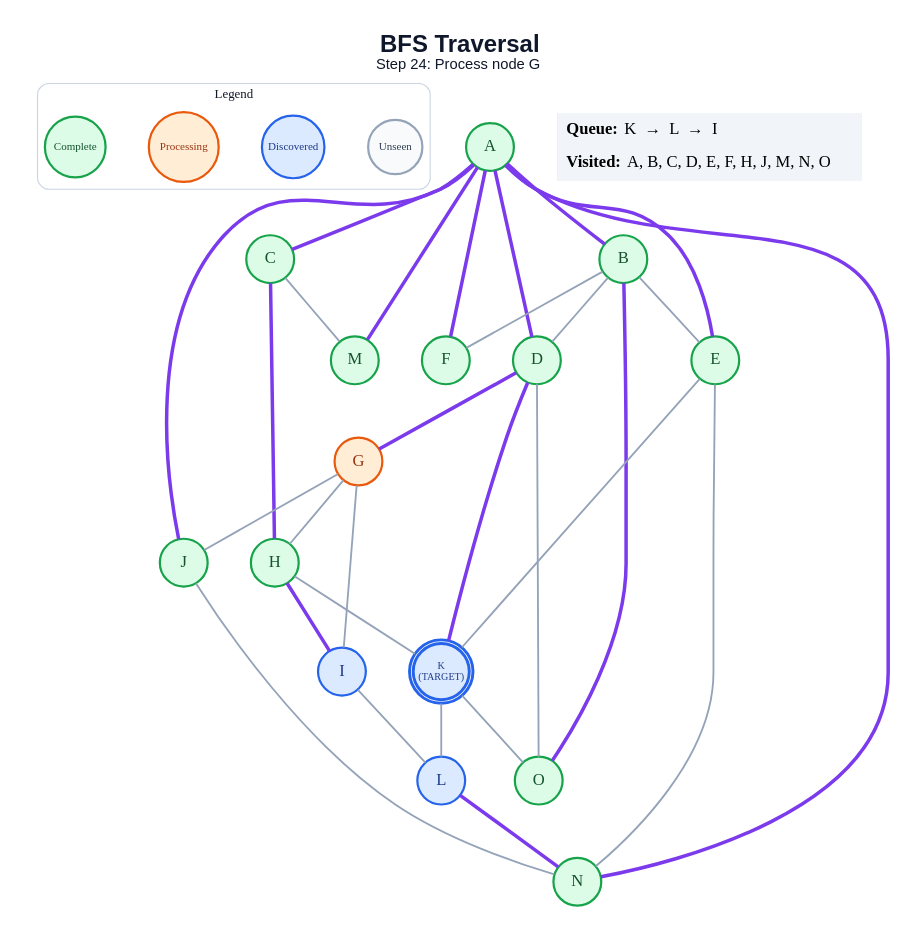
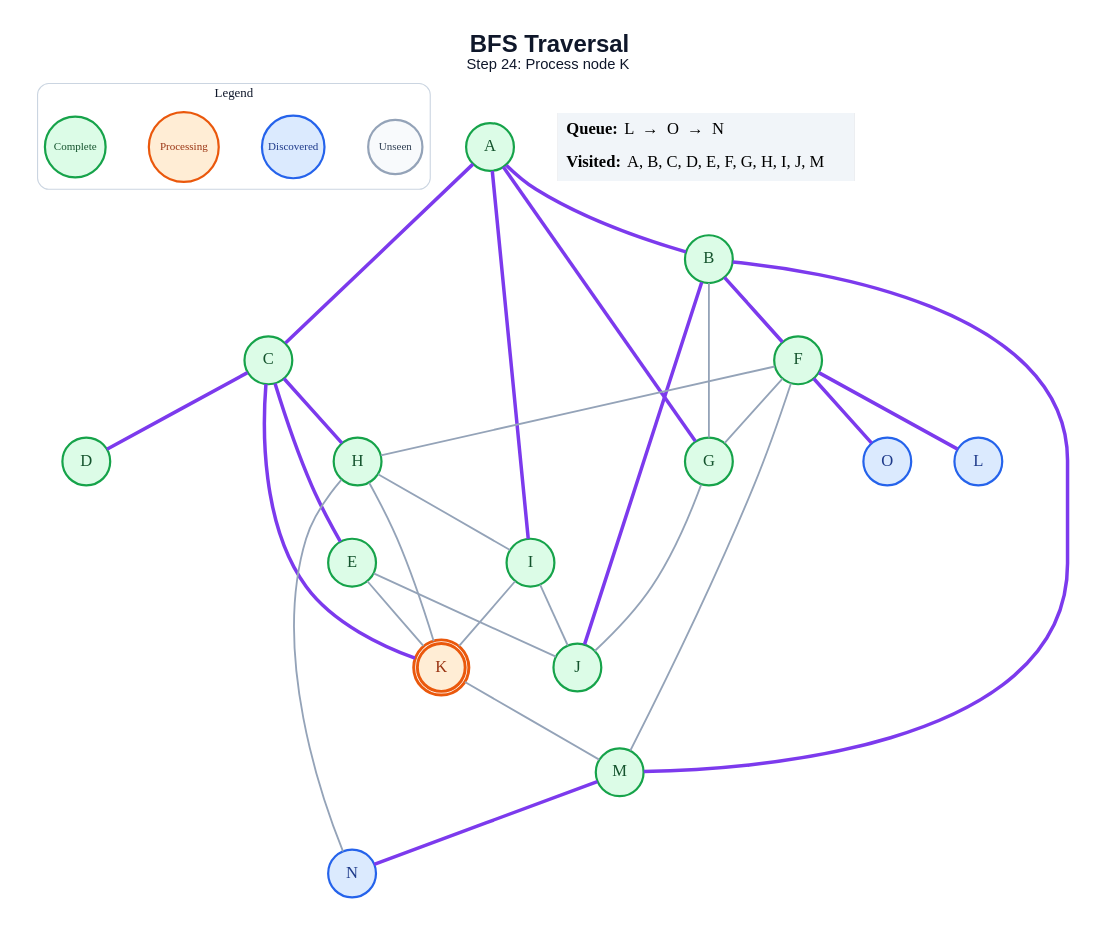
The diagram in generated/bfs/step_24.dot (anon7238593-create/ai-slop), drawn with Graphviz before and after one commit. The commit also changed 211 other files, not shown here.

```diff
--- a/generated/bfs/step_24.dot
+++ b/generated/bfs/step_24.dot
@@ -1,63 +1,61 @@
 graph traversal {
   graph [layout=dot, rankdir=TB, bgcolor="#FFFFFF", pad="0.35", nodesep="0.65", ranksep="0.8", fontname="Arial"];
   node [shape=circle, style="filled", fontname="Arial Bold", fontsize=18, width=0.72, fixedsize=true, penwidth=2.4];
   edge [color="#94A3B8", penwidth=2.0];
-  label=<<B>BFS Traversal</B><BR/><FONT POINT-SIZE="16">Step 24: Process node G</FONT>>; labelloc="t"; fontsize=26; fontname="Arial"; fontcolor="#0F172A";
+  label=<<B>BFS Traversal</B><BR/><FONT POINT-SIZE="16">Step 24: Process node K</FONT>>; labelloc="t"; fontsize=26; fontname="Arial"; fontcolor="#0F172A";
   subgraph cluster_legend { label="Legend"; color="#CBD5E1"; penwidth=1.2; style="rounded"; fontsize=14; fontname="Arial Bold";
     key_unseen [label="Unseen", fillcolor="#F8FAFC", color="#94A3B8", fontcolor="#334155", fontsize=12, width=0.82];
     key_frontier [label="Discovered", fillcolor="#DBEAFE", color="#2563EB", fontcolor="#1E3A8A", fontsize=12, width=0.95];
     key_current [label="Processing", fillcolor="#FFEDD5", color="#EA580C", fontcolor="#9A3412", fontsize=12, width=1.05];
     key_done [label="Complete", fillcolor="#DCFCE7", color="#16A34A", fontcolor="#14532D", fontsize=12, width=0.92];
     { rank=same; key_unseen; key_frontier; key_current; key_done; }
   }
   A [label="A", fillcolor="#DCFCE7", color="#16A34A", fontcolor="#14532D", peripheries=1, penwidth=2.4];
   B [label="B", fillcolor="#DCFCE7", color="#16A34A", fontcolor="#14532D", peripheries=1, penwidth=2.4];
   C [label="C", fillcolor="#DCFCE7", color="#16A34A", fontcolor="#14532D", peripheries=1, penwidth=2.4];
   D [label="D", fillcolor="#DCFCE7", color="#16A34A", fontcolor="#14532D", peripheries=1, penwidth=2.4];
   E [label="E", fillcolor="#DCFCE7", color="#16A34A", fontcolor="#14532D", peripheries=1, penwidth=2.4];
   F [label="F", fillcolor="#DCFCE7", color="#16A34A", fontcolor="#14532D", peripheries=1, penwidth=2.4];
-  G [label="G", fillcolor="#FFEDD5", color="#EA580C", fontcolor="#9A3412", peripheries=1, penwidth=2.4];
+  G [label="G", fillcolor="#DCFCE7", color="#16A34A", fontcolor="#14532D", peripheries=1, penwidth=2.4];
   H [label="H", fillcolor="#DCFCE7", color="#16A34A", fontcolor="#14532D", peripheries=1, penwidth=2.4];
-  I [label="I", fillcolor="#DBEAFE", color="#2563EB", fontcolor="#1E3A8A", peripheries=1, penwidth=2.4];
+  I [label="I", fillcolor="#DCFCE7", color="#16A34A", fontcolor="#14532D", peripheries=1, penwidth=2.4];
   J [label="J", fillcolor="#DCFCE7", color="#16A34A", fontcolor="#14532D", peripheries=1, penwidth=2.4];
-  K [label="K\n(TARGET)", fillcolor="#DBEAFE", color="#2563EB", fontcolor="#1E3A8A", peripheries=2, penwidth=3.2, fontsize=11, width=0.85, height=0.85];
+  K [label="K", fillcolor="#FFEDD5", color="#EA580C", fontcolor="#9A3412", peripheries=2, penwidth=3.2];
   L [label="L", fillcolor="#DBEAFE", color="#2563EB", fontcolor="#1E3A8A", peripheries=1, penwidth=2.4];
   M [label="M", fillcolor="#DCFCE7", color="#16A34A", fontcolor="#14532D", peripheries=1, penwidth=2.4];
-  N [label="N", fillcolor="#DCFCE7", color="#16A34A", fontcolor="#14532D", peripheries=1, penwidth=2.4];
-  O [label="O", fillcolor="#DCFCE7", color="#16A34A", fontcolor="#14532D", peripheries=1, penwidth=2.4];
+  N [label="N", fillcolor="#DBEAFE", color="#2563EB", fontcolor="#1E3A8A", peripheries=1, penwidth=2.4];
+  O [label="O", fillcolor="#DBEAFE", color="#2563EB", fontcolor="#1E3A8A", peripheries=1, penwidth=2.4];
   A -- B [color="#7C3AED", penwidth=3.8];
   A -- C [color="#7C3AED", penwidth=3.8];
-  A -- D [color="#7C3AED", penwidth=3.8];
-  A -- E [color="#7C3AED", penwidth=3.8];
-  A -- F [color="#7C3AED", penwidth=3.8];
-  A -- J [color="#7C3AED", penwidth=3.8];
-  A -- M [color="#7C3AED", penwidth=3.8];
-  A -- N [color="#7C3AED", penwidth=3.8];
-  B -- D;
-  B -- E;
-  B -- F;
-  B -- O [color="#7C3AED", penwidth=3.8];
+  A -- G [color="#7C3AED", penwidth=3.8];
+  A -- I [color="#7C3AED", penwidth=3.8];
+  B -- F [color="#7C3AED", penwidth=3.8];
+  B -- G;
+  B -- J [color="#7C3AED", penwidth=3.8];
+  B -- M [color="#7C3AED", penwidth=3.8];
+  C -- D [color="#7C3AED", penwidth=3.8];
+  C -- E [color="#7C3AED", penwidth=3.8];
   C -- H [color="#7C3AED", penwidth=3.8];
-  C -- M;
-  D -- G [color="#7C3AED", penwidth=3.8];
-  D -- K [color="#7C3AED", penwidth=3.8];
-  D -- O;
+  C -- K [color="#7C3AED", penwidth=3.8];
+  E -- J;
   E -- K;
-  E -- N;
-  G -- H;
-  G -- I;
+  F -- G;
+  F -- H;
+  F -- L [color="#7C3AED", penwidth=3.8];
+  F -- M;
+  F -- O [color="#7C3AED", penwidth=3.8];
   G -- J;
-  H -- I [color="#7C3AED", penwidth=3.8];
+  H -- I;
   H -- K;
-  I -- L;
-  J -- N;
-  K -- L;
-  K -- O;
-  L -- N [color="#7C3AED", penwidth=3.8];
+  H -- N;
+  I -- J;
+  I -- K;
+  K -- M;
+  M -- N [color="#7C3AED", penwidth=3.8];
   status [shape=plain, fixedsize=false, width=0, height=0, margin=0, label=<
     <TABLE BORDER="0" CELLBORDER="0" CELLPADDING="7" BGCOLOR="#F1F5F9">
-      <TR><TD ALIGN="LEFT"><B>Queue:</B> K  →  L  →  I</TD></TR>
-      <TR><TD ALIGN="LEFT"><B>Visited:</B> A, B, C, D, E, F, H, J, M, N, O</TD></TR>
+      <TR><TD ALIGN="LEFT"><B>Queue:</B> L  →  O  →  N</TD></TR>
+      <TR><TD ALIGN="LEFT"><B>Visited:</B> A, B, C, D, E, F, G, H, I, J, M</TD></TR>
     </TABLE>
   >];
 }
```
